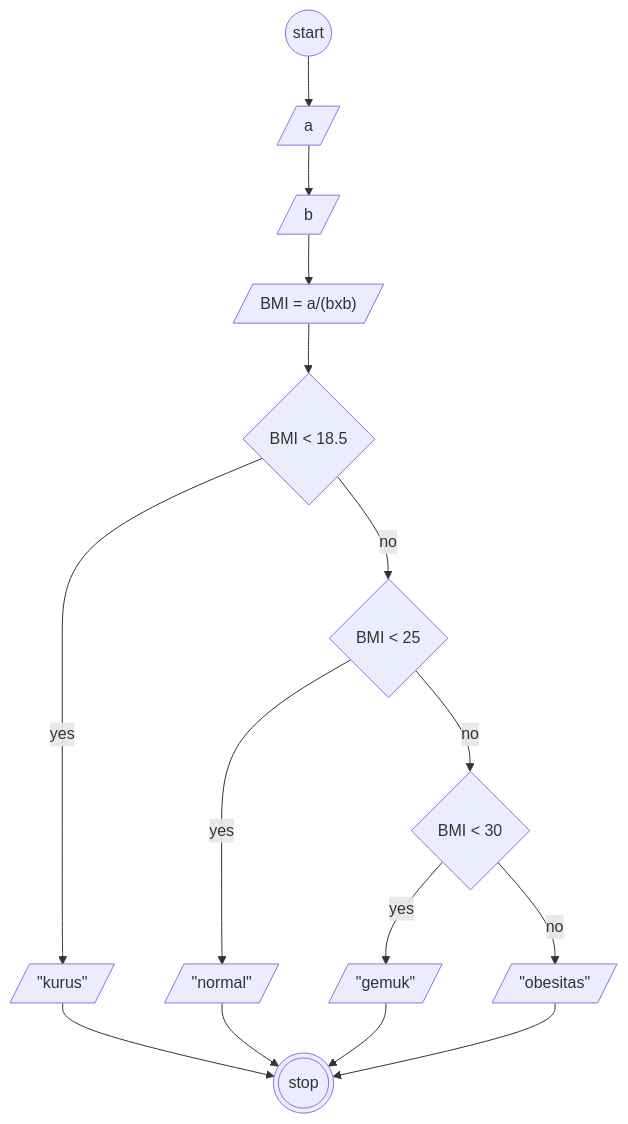
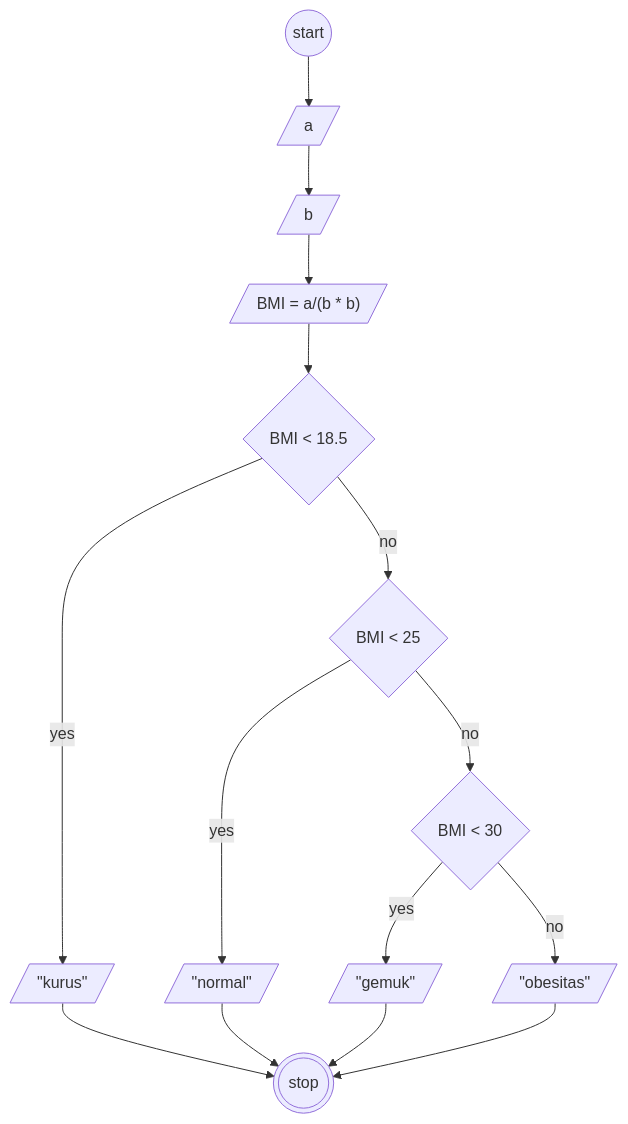
One commit to muhammadfajarr30/koda-b8-algoritma changed the diagram in readme.md. Above: the diagram before and after it, drawn with Mermaid. The commit also changed other lines of this file, not shown here.

````diff
--- a/readme.md
+++ b/readme.md
@@ -19,30 +19,30 @@
 ```mermaid
 
 flowchart TD
     start@{shape: circle, label:"start"}
   a@{ shape: lean-r, label: "a" }
   b@{ shape: lean-r, label: "b" }
-  c@{ shape: lean-r, label: "BMI = a/(bxb)" }
+  c@{ shape: lean-r, label: "BMI = a/(b * b)" }
   d@{ shape: diamond, label: "BMI < 18.5" }
   e@{ shape: diamond, label: "BMI < 25" }
   f@{ shape: diamond, label: "BMI < 30" }
   g@{ shape: lean-r, label: "#quot;kurus#quot;"}
   h@{ shape: lean-r, label: "#quot;normal#quot;"}
   i@{ shape: lean-r, label: "#quot;gemuk#quot;"}
   j@{ shape: lean-r, label: "#quot;obesitas#quot;"}
   k@{ shape: dbl-circ, label: "stop" }
 
 start-->a
   a-->b
   b-->c
   c-->d
   d-- yes -->g-->k
   d-- no -->e
   e-- yes-->h-->k
   e-- no -->f
   f-- yes -->i-->k
   f-- no -->j-->k
 
 
 
 ```
````
